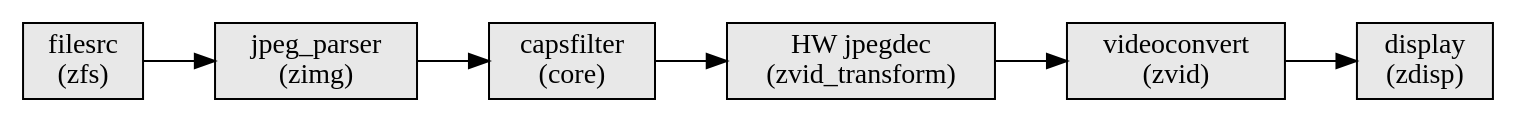
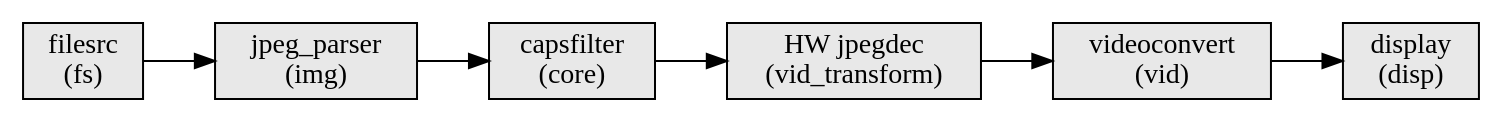
One commit to nxp-upstream/zephyr changed the first of 2 diagrams in samples/subsys/mp/jpeg_dec/README.rst. Above: the diagram before and after it, drawn with Graphviz. The commit also changed other lines of this file and 256 other files, not shown here.

```diff
--- a/samples/subsys/mp/jpeg_dec/README.rst
+++ b/samples/subsys/mp/jpeg_dec/README.rst
@@ -24,13 +24,13 @@
 .. graphviz::
 
    digraph pipeline_a {
      rankdir=LR;
      node [shape=box, style=filled, fillcolor="#e8e8e8"];
-     filesrc      [label="filesrc\n(zfs)"];
-     jpeg_parser  [label="jpeg_parser\n(zimg)"];
+     filesrc      [label="filesrc\n(fs)"];
+     jpeg_parser  [label="jpeg_parser\n(img)"];
      capsfilter   [label="capsfilter\n(core)"];
-     hw_jpegdec   [label="HW jpegdec\n(zvid_transform)"];
-     videoconvert [label="videoconvert\n(zvid)"];
-     display      [label="display\n(zdisp)"];
+     hw_jpegdec   [label="HW jpegdec\n(vid_transform)"];
+     videoconvert [label="videoconvert\n(vid)"];
+     display      [label="display\n(disp)"];
      filesrc -> jpeg_parser -> capsfilter -> hw_jpegdec -> videoconvert -> display;
    }
```
